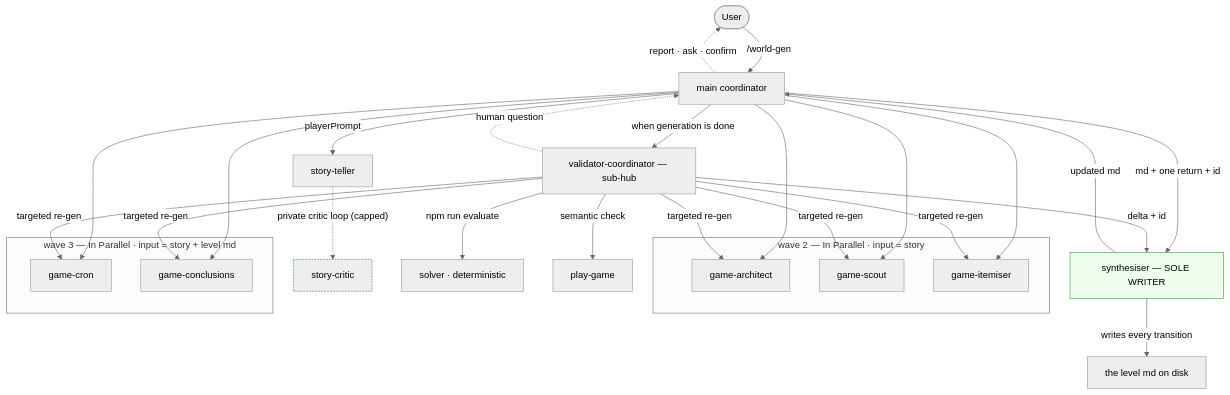
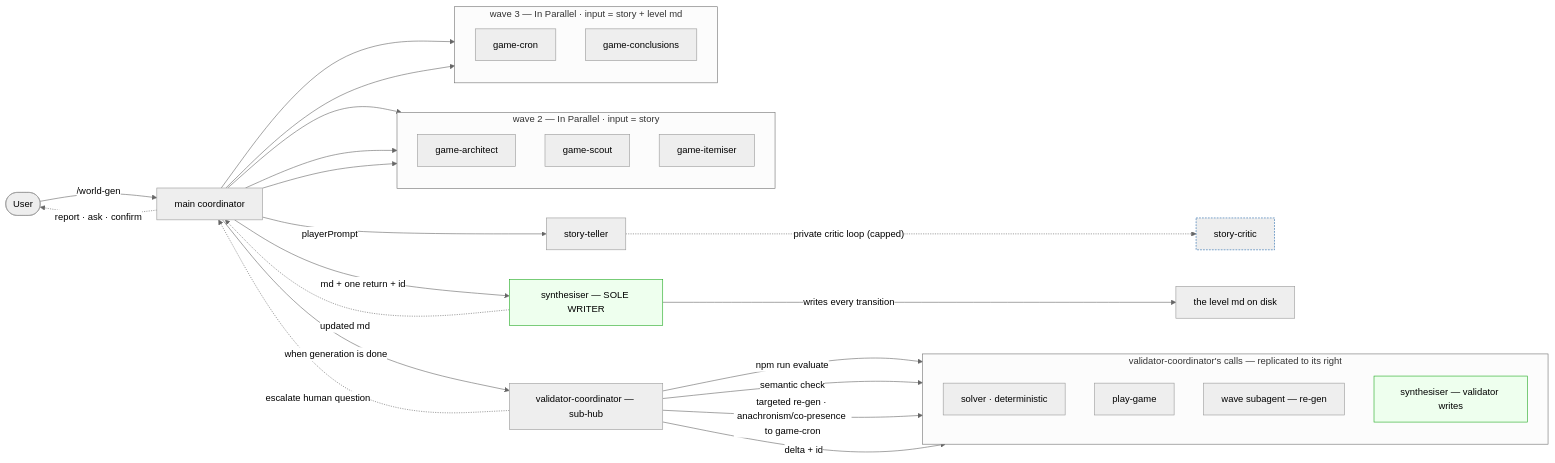
One commit to DecentAppsNet/castle-mystery changed the second of 2 diagrams in docs/design/world-gen-agentic-hld.md. Above: the diagram before and after it, drawn with Mermaid (neutral theme). The commit also changed other lines of this file, not shown here.

````diff
--- a/docs/design/world-gen-agentic-hld.md
+++ b/docs/design/world-gen-agentic-hld.md
@@ -144,34 +163,45 @@
 ```mermaid
-flowchart TD
+flowchart LR
     U([User]) -->|"/world-gen"| WG["main coordinator"]
     WG -.->|"report · ask · confirm"| U
 
     WG -->|"playerPrompt"| ST["story-teller"]
     ST -.->|"private critic loop (capped)"| SK["story-critic"]:::child
 
     subgraph wave2["wave 2 — In Parallel · input = story"]
+        direction TB
         AR["game-architect"]
         SC["game-scout"]
         IT["game-itemiser"]
     end
     subgraph wave3["wave 3 — In Parallel · input = story + level md"]
+        direction TB
         CR["game-cron"]
         CN["game-conclusions"]
     end
 
     WG --> AR & SC & IT
     WG --> CR & CN
     WG -->|"md + one return + id"| SY["synthesiser — SOLE WRITER"]:::writer
     SY -->|"writes every transition"| FILE["the level md on disk"]
-    SY -->|"updated md"| WG
+    SY -.->|"updated md"| WG
 
     WG -->|"when generation is done"| VC["validator-coordinator — sub-hub"]
-    VC -->|"npm run evaluate"| EV["solver · deterministic"]
-    VC -->|"semantic check"| PG["play-game"]
-    VC -->|"targeted re-gen"| AR & SC & IT & CR & CN
-    VC -->|"delta + id"| SY
-    VC -.->|"human question"| WG
+
+    subgraph vfan["validator-coordinator's calls — replicated to its right"]
+        direction TB
+        EV["solver · deterministic"]
+        PG["play-game"]
+        VR["wave subagent — re-gen"]
+        SY2["synthesiser — validator writes"]:::writer
+    end
+
+    VC -->|"npm run evaluate"| EV
+    VC -->|"semantic check"| PG
+    VC -->|"targeted re-gen · anachronism/co-presence to game-cron"| VR
+    VC -->|"delta + id"| SY2
+    VC -.->|"escalate human question"| WG
 
     classDef writer fill:#efe,stroke:#2a2;
     classDef child stroke-dasharray:3 2,stroke:#2266aa;
 ```
````
